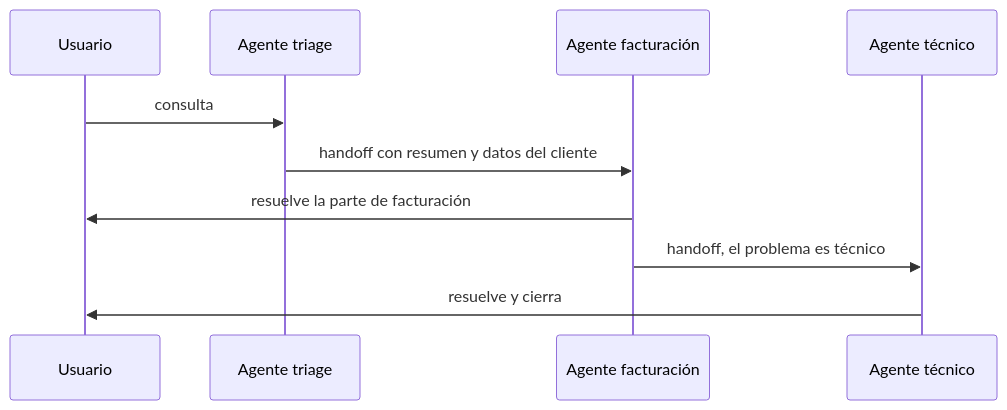
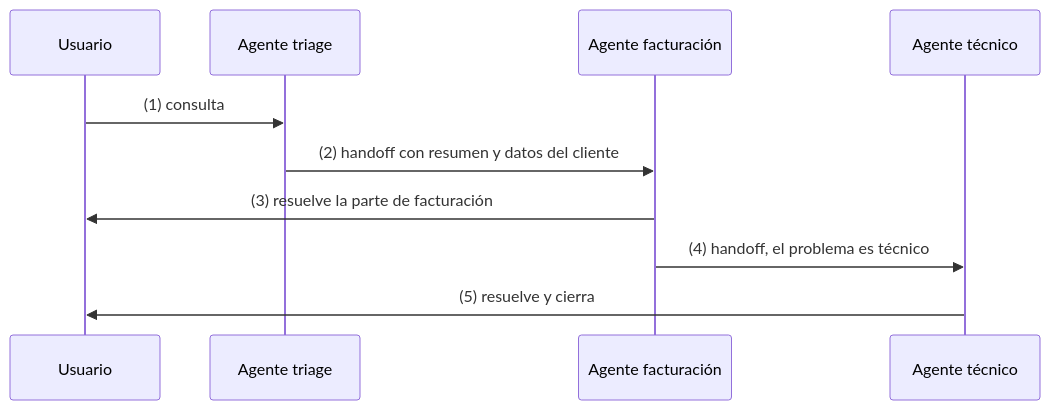
One commit to whinedo/ai-docs changed diagram 15 of 47 in md/Patrones aplicados al desarrollo de agentes.md. Above: the diagram before and after it, drawn with Mermaid. The commit also changed other lines of this file and 12 other files, not shown here.

````diff
--- a/md/Patrones aplicados al desarrollo de agentes.md
+++ b/md/Patrones aplicados al desarrollo de agentes.md
@@ -541,12 +684,12 @@
 ```mermaid
 sequenceDiagram
   participant U as Usuario
   participant TR as Agente triage
   participant FA as Agente facturación
   participant TE as Agente técnico
-  U->>TR: consulta
-  TR->>FA: handoff con resumen y datos del cliente
-  FA->>U: resuelve la parte de facturación
-  FA->>TE: handoff, el problema es técnico
-  TE->>U: resuelve y cierra
+  U->>TR: (1) consulta
+  TR->>FA: (2) handoff con resumen y datos del cliente
+  FA->>U: (3) resuelve la parte de facturación
+  FA->>TE: (4) handoff, el problema es técnico
+  TE->>U: (5) resuelve y cierra
 ```
````
